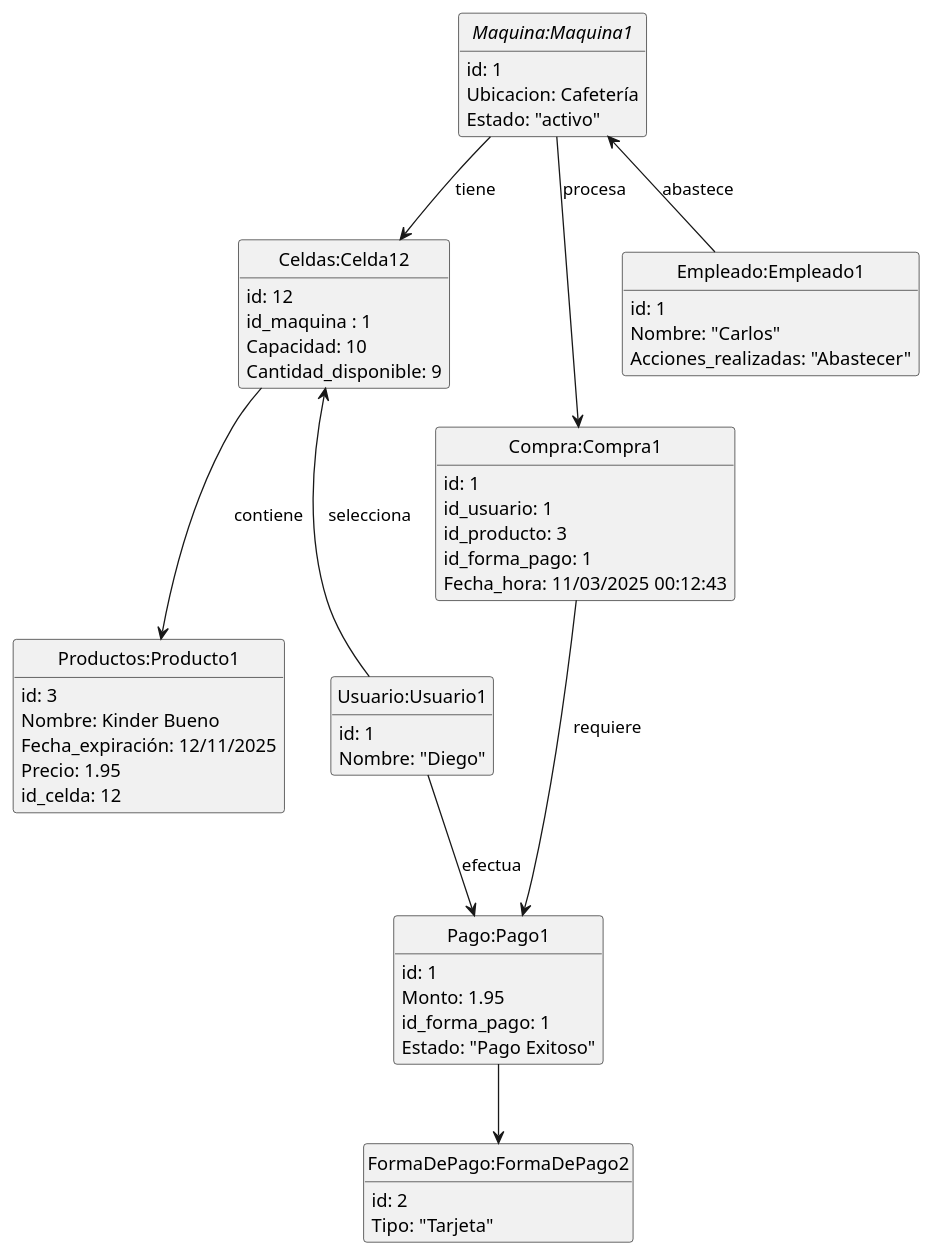
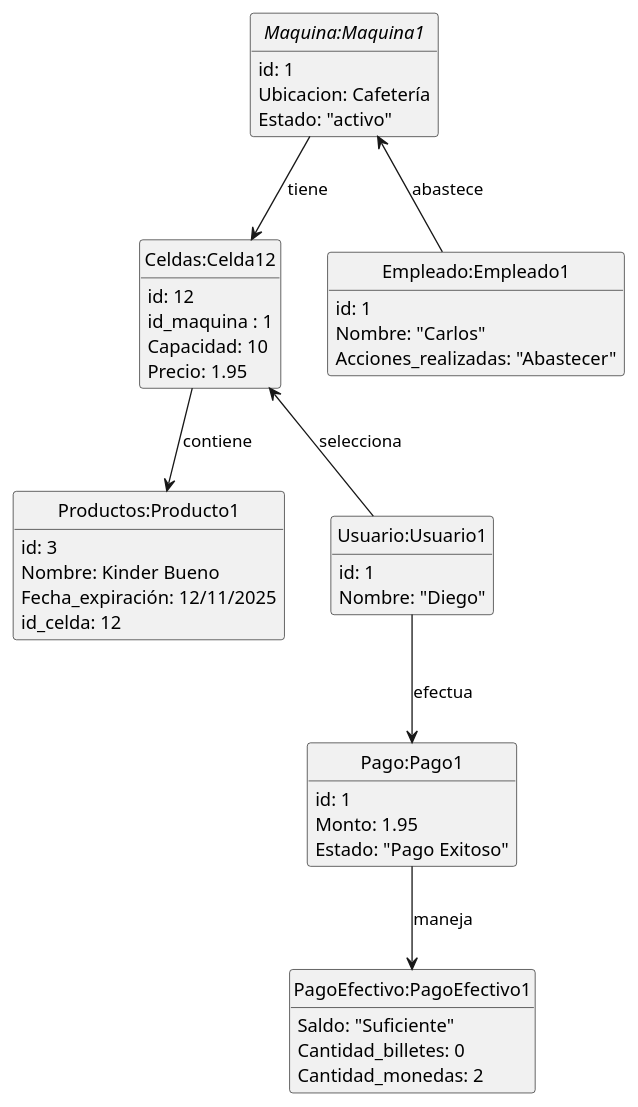
One commit to mmasias/24-25-IdSw2-SDD changed the diagram in documentos/modeloDeDominio/diagramaDeObjetos/diagramaDeObjetos.puml. Above: the diagram before and after it, drawn with PlantUML. The commit also changed 1 other file, not shown here.

Commit message:
Refactor object diagram: update attributes and relationships
- Removed FormaDePago class and its attributes.
- Updated Productos class to remove Precio attribute.
- Added Precio attribute to Celdas class.
- Removed Compra class and its attributes.
- Introduced PagoEfectivo class with relevant attributes.
- Adjusted relationships between classes to reflect changes.

```diff
--- a/documentos/modeloDeDominio/diagramaDeObjetos/diagramaDeObjetos.puml
+++ b/documentos/modeloDeDominio/diagramaDeObjetos/diagramaDeObjetos.puml
@@ -1,68 +1,61 @@
-@startuml diagramaDeObjetos
+@startuml
 hide empty members
 hide circle
 abstract "Maquina:Maquina1"{
     id: 1
     Ubicacion: Cafetería
     Estado: "activo"
 }
 
 class "Celdas:Celda12"{
     id: 12
     id_maquina : 1
     Capacidad: 10
-    Cantidad_disponible: 9
+    Precio: 1.95
 }
 
 class "Productos:Producto1"{
     id: 3
     Nombre: Kinder Bueno
     Fecha_expiración: 12/11/2025
-    Precio: 1.95
     id_celda: 12
 }
 
-class "FormaDePago:FormaDePago2"{
-    id: 2
-    Tipo: "Tarjeta"
-}
 
 class "Usuario:Usuario1"{
     id: 1
     Nombre: "Diego"
 }
 
-class "Compra:Compra1"{
-    id: 1
-    id_usuario: 1
-    id_producto: 3
-    id_forma_pago: 1
-    Fecha_hora: 11/03/2025 00:12:43
-}
 
 class "Pago:Pago1"{
     id: 1
     Monto: 1.95
-    id_forma_pago: 1
     Estado: "Pago Exitoso"
 }
 
 class "Empleado:Empleado1"{
    id: 1
    Nombre: "Carlos"
    Acciones_realizadas: "Abastecer"
 
 }
-   
+
+class "PagoEfectivo:PagoEfectivo1"{
+    Saldo: "Suficiente"
+    Cantidad_billetes: 0 
+    Cantidad_monedas: 2 
+}
+
+
+
 
 "Maquina:Maquina1" --> "Celdas:Celda12" : tiene
 "Celdas:Celda12" --> "Productos:Producto1" : contiene
-"Maquina:Maquina1" --> "Compra:Compra1" : procesa
-"Compra:Compra1" --> "Pago:Pago1" : requiere
 "Usuario:Usuario1" -U-> "Celdas:Celda12" : selecciona
 "Usuario:Usuario1" --> "Pago:Pago1" : efectua
-"Pago:Pago1" --> "FormaDePago:FormaDePago2"
 "Empleado:Empleado1" -U-> "Maquina:Maquina1" : abastece
+"Pago:Pago1" -D-> "PagoEfectivo:PagoEfectivo1" : maneja
 
 
 @enduml
```
